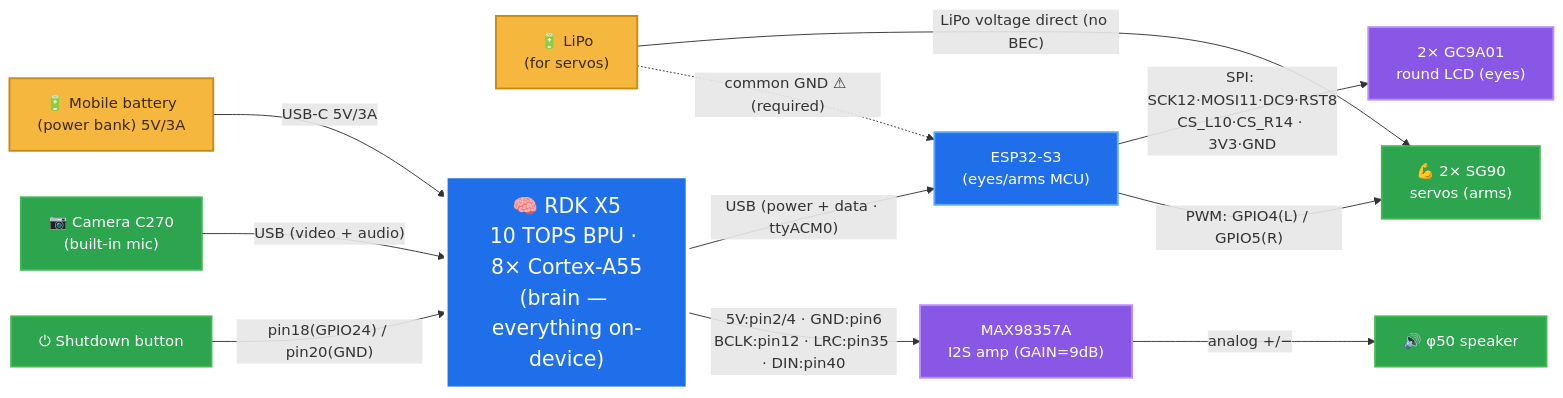
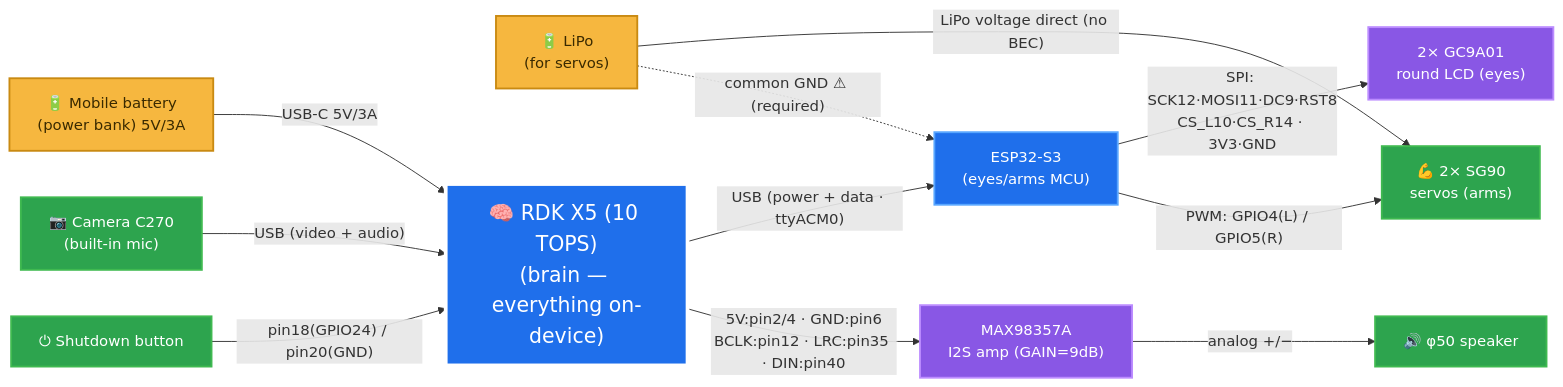
The first of 3 diagrams in STAGE3.md (gurimaruking/corosuke-robot), drawn with Mermaid before and after one commit. The commit also changed 3 other files, not shown here.

Commit message:
docs: 配線図のRDKノードを「RDK X5 (10 TOPS)」に簡潔化(<br/>非対応環境で RDK X510 TOPS と誤読される問題)

````diff
--- a/STAGE3.md
+++ b/STAGE3.md
@@ -109,31 +109,31 @@
 ```mermaid
 flowchart LR
   %% All parts are boxes. Colour = category. Pin numbers are on the wires (edge labels).
   PB["🔋 Mobile battery<br/>(power bank) 5V/3A"]:::power
   LIPO["🔋 LiPo<br/>(for servos)"]:::power
-  RDK["🧠 RDK X5<br/>10 TOPS BPU · 8× Cortex-A55<br/>(brain — everything on-device)"]:::main
+  RDK["🧠 RDK X5 (10 TOPS)<br/>(brain — everything on-device)"]:::main
   ESP["ESP32-S3<br/>(eyes/arms MCU)"]:::compute
   AMP["MAX98357A<br/>I2S amp (GAIN=9dB)"]:::module
   EYES["2× GC9A01<br/>round LCD (eyes)"]:::module
   CAM["📷 Camera C270<br/>(built-in mic)"]:::periph
   BTN["⏻ Shutdown button"]:::periph
   SPK["🔊 φ50 speaker"]:::periph
   SRV["💪 2× SG90<br/>servos (arms)"]:::periph
 
   PB   -->|"USB-C 5V/3A"| RDK
   CAM  -->|"USB (video + audio)"| RDK
   BTN  -->|"pin18(GPIO24) / pin20(GND)"| RDK
   RDK  -->|"USB (power + data · ttyACM0)"| ESP
   RDK  -->|"5V:pin2/4 · GND:pin6<br/>BCLK:pin12 · LRC:pin35 · DIN:pin40"| AMP
   AMP  -->|"analog +/−"| SPK
   ESP  -->|"SPI: SCK12·MOSI11·DC9·RST8<br/>CS_L10·CS_R14 · 3V3·GND"| EYES
   ESP  -->|"PWM: GPIO4(L) / GPIO5(R)"| SRV
   LIPO -->|"LiPo voltage direct (no BEC)"| SRV
   LIPO -.->|"common GND ⚠ (required)"| ESP
 
   classDef power   fill:#f6b73f,color:#3a2a00,stroke:#c98a12,stroke-width:2px;
   classDef compute fill:#1f6feb,color:#fff,stroke:#58a6ff,stroke-width:2px;
   classDef module  fill:#8957e5,color:#fff,stroke:#bc8cff,stroke-width:2px;
   classDef periph  fill:#2da44e,color:#fff,stroke:#3fb950,stroke-width:2px;
   classDef main    fill:#1f6feb,color:#fff,stroke:#ffffff,stroke-width:4px,font-size:22px;
 ```
````
